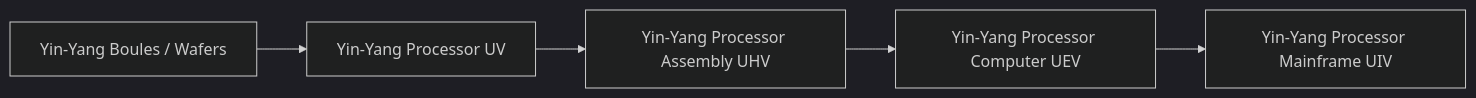
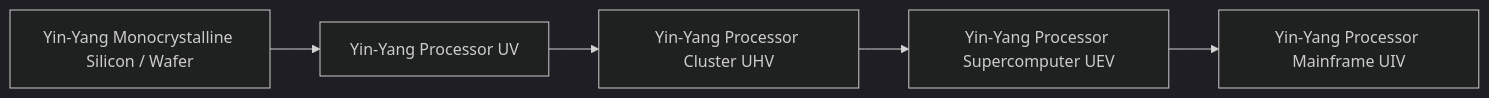
The second of 2 diagrams in docs/en/gtecore/circuits-and-materials.md (takanashisatou/GregtechEasy), drawn with Mermaid (dark theme) before and after one commit. The commit also changed other lines of this file and 162 other files, not shown here.

````diff
--- a/docs/en/gtecore/circuits-and-materials.md
+++ b/docs/en/gtecore/circuits-and-materials.md
@@ -30,7 +30,7 @@
 ```mermaid
 graph LR
-    A[Yin-Yang Boules / Wafers] --> B[Yin-Yang Processor UV]
-    B --> C[Yin-Yang Processor Assembly UHV]
-    C --> D[Yin-Yang Processor Computer UEV]
+    A[Yin-Yang Monocrystalline Silicon / Wafer] --> B[Yin-Yang Processor UV]
+    B --> C[Yin-Yang Processor Cluster UHV]
+    C --> D[Yin-Yang Processor Supercomputer UEV]
     D --> E[Yin-Yang Processor Mainframe UIV]
 ```
````
